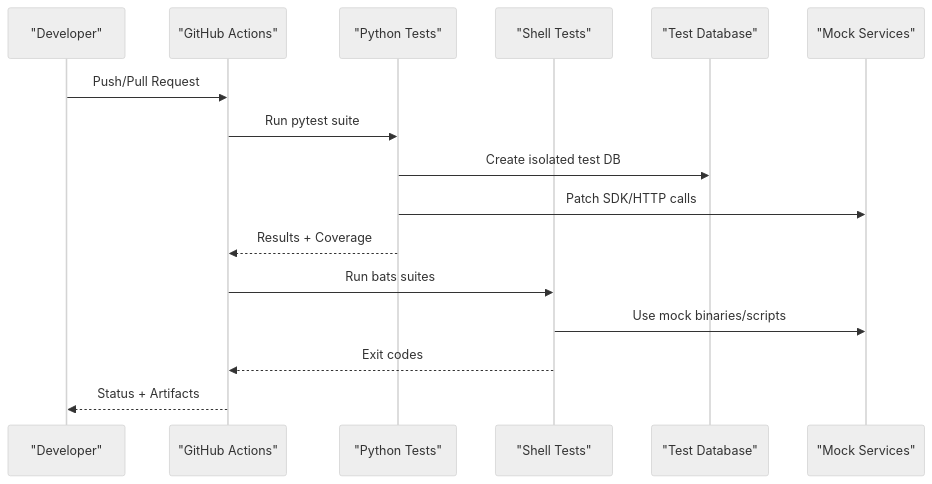
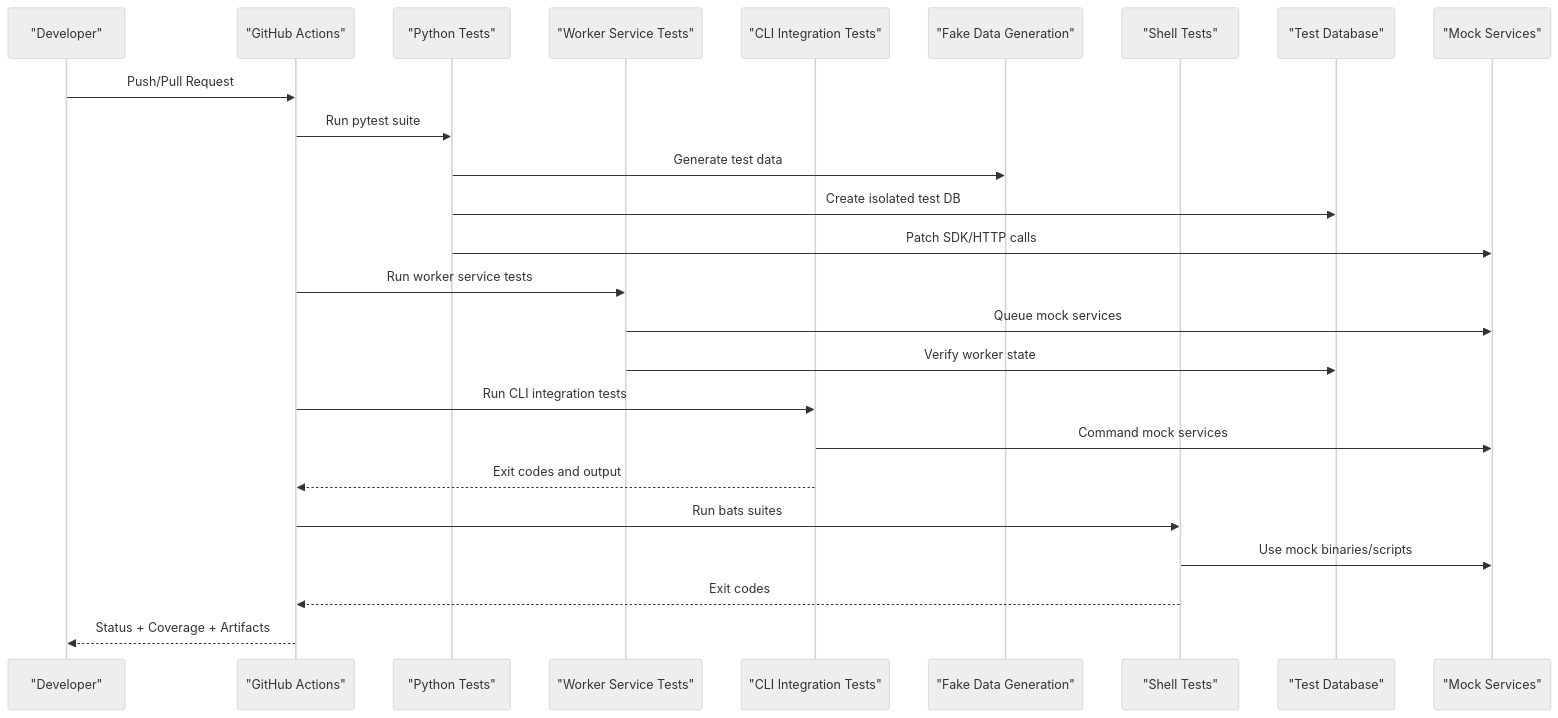
The second of 14 diagrams in .qoder/repowiki/en/content/Testing & Quality Assurance/Testing & Quality Assurance.md (zuohaisu/wecom-archive), drawn with Mermaid (neutral theme) before and after one commit. The commit also changed other lines of this file and 90 other files, not shown here.

````diff
--- a/.qoder/repowiki/en/content/Testing & Quality Assurance/Testing & Quality Assurance.md
+++ b/.qoder/repowiki/en/content/Testing & Quality Assurance/Testing & Quality Assurance.md
@@ -188,18 +229,27 @@
 ```mermaid
 sequenceDiagram
 participant Dev as "Developer"
 participant CI as "GitHub Actions"
 participant PyTest as "Python Tests"
+participant WorkerTests as "Worker Service Tests"
+participant CLITests as "CLI Integration Tests"
+participant Fakes as "Fake Data Generation"
 participant BATS as "Shell Tests"
 participant DB as "Test Database"
 participant Mock as "Mock Services"
 Dev->>CI : Push/Pull Request
 CI->>PyTest : Run pytest suite
+PyTest->>Fakes : Generate test data
 PyTest->>DB : Create isolated test DB
 PyTest->>Mock : Patch SDK/HTTP calls
-PyTest-->>CI : Results + Coverage
+CI->>WorkerTests : Run worker service tests
+WorkerTests->>Mock : Queue mock services
+WorkerTests->>DB : Verify worker state
+CI->>CLITests : Run CLI integration tests
+CLITests->>Mock : Command mock services
+CLITests-->>CI : Exit codes and output
 CI->>BATS : Run bats suites
 BATS->>Mock : Use mock binaries/scripts
 BATS-->>CI : Exit codes
-CI-->>Dev : Status + Artifacts
+CI-->>Dev : Status + Coverage + Artifacts
 ```
````
